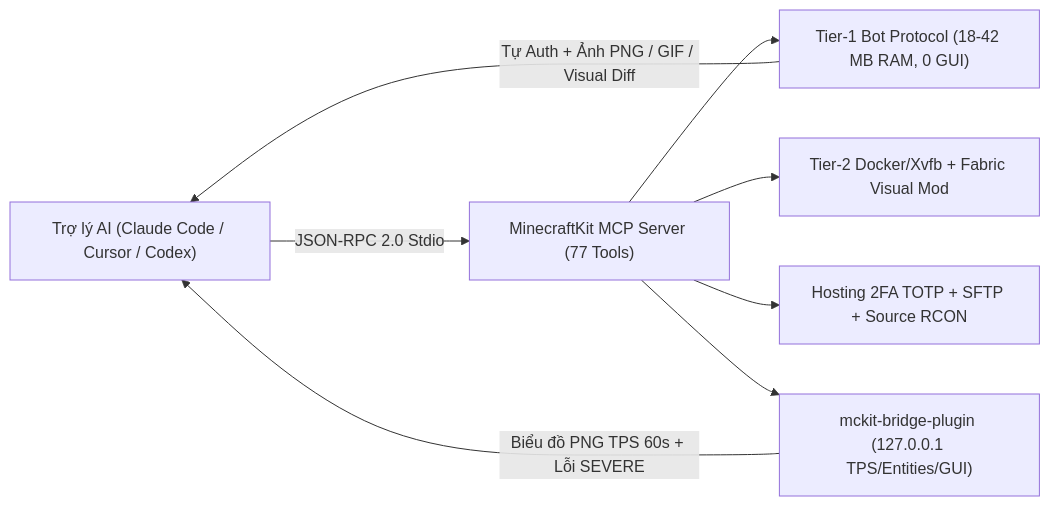
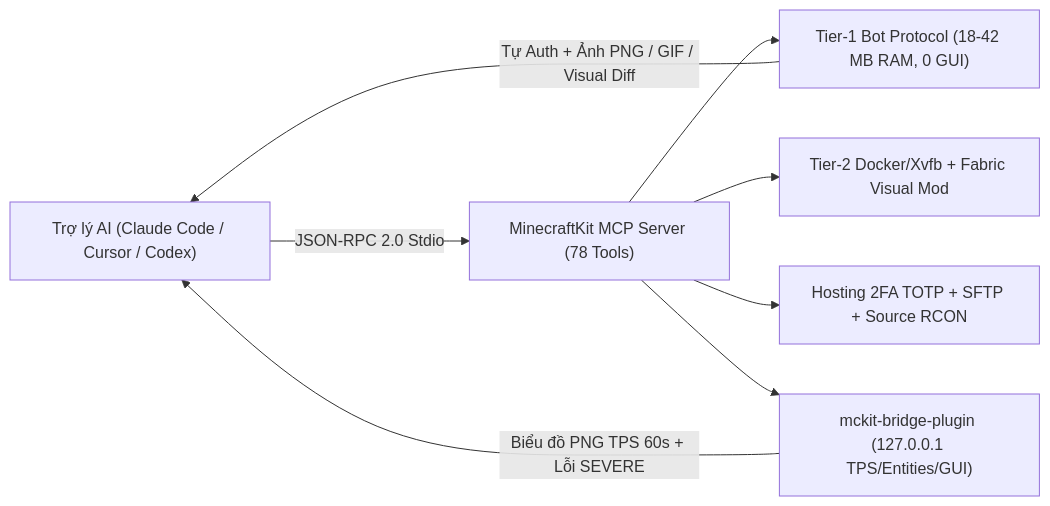
Before and after one commit to SalyyS1/minecraftkit: the diagram in README.vi.md, drawn with Mermaid. The commit also changed other lines of this file and 13 other files, not shown here.

````diff
--- a/README.vi.md
+++ b/README.vi.md
@@ -11,10 +11,10 @@
 ```mermaid
 flowchart LR
-  AI["Trợ lý AI (Claude Code / Cursor / Codex)"] -->|JSON-RPC 2.0 Stdio| MCP["MinecraftKit MCP Server (77 Tools)"]
+  AI["Trợ lý AI (Claude Code / Cursor / Codex)"] -->|JSON-RPC 2.0 Stdio| MCP["MinecraftKit MCP Server (78 Tools)"]
   MCP --> BOT["Tier-1 Bot Protocol (18-42 MB RAM, 0 GUI)"]
   MCP --> VIS["Tier-2 Docker/Xvfb + Fabric Visual Mod"]
   MCP --> OPS["Hosting 2FA TOTP + SFTP + Source RCON"]
   MCP --> BRIDGE["mckit-bridge-plugin (127.0.0.1 TPS/Entities/GUI)"]
   BOT -->|Tự Auth + Ảnh PNG / GIF / Visual Diff| AI
   BRIDGE -->|Biểu đồ PNG TPS 60s + Lỗi SEVERE| AI
 ```
````
